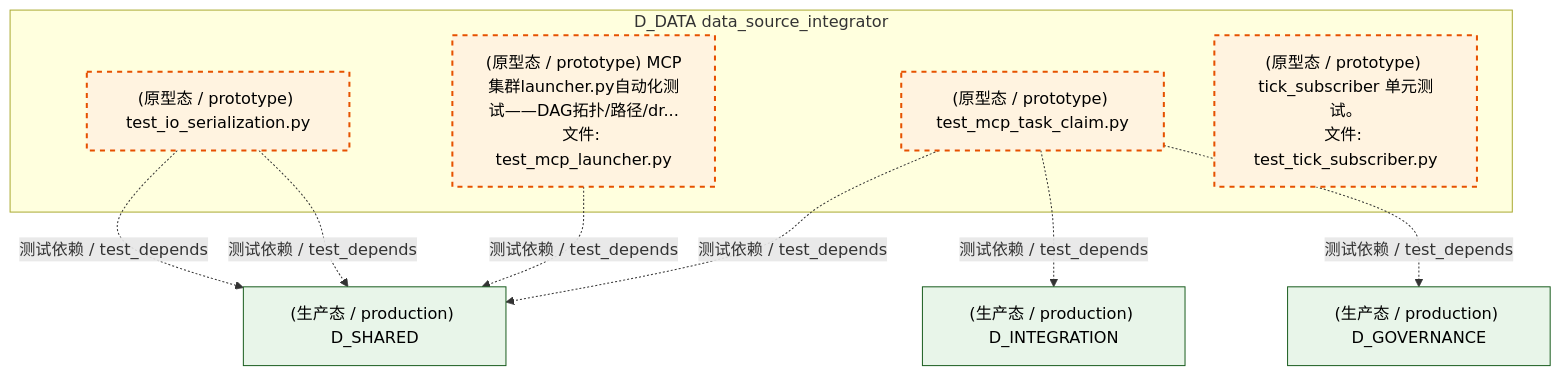
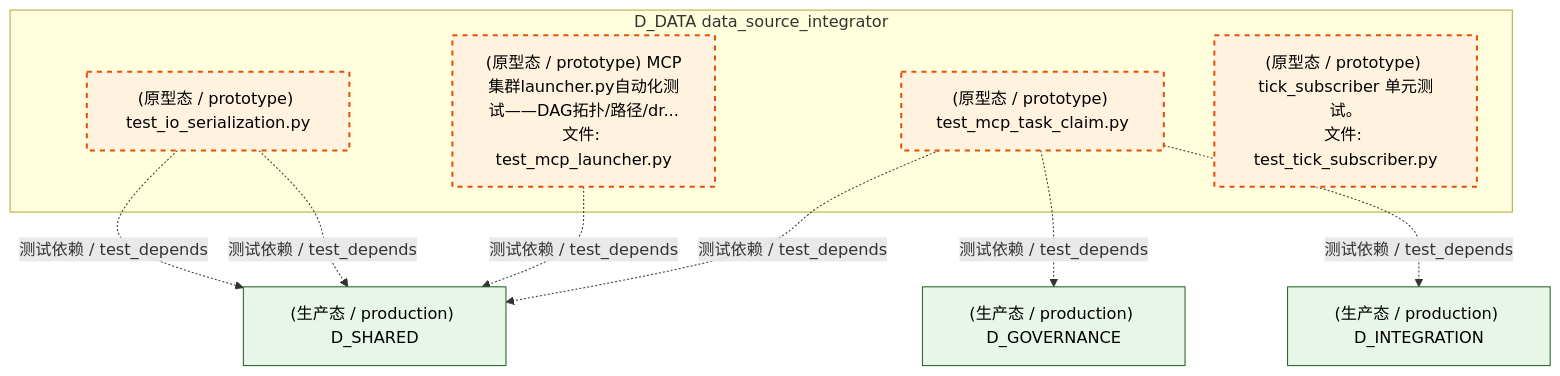
Before and after one commit to xuanFelixVan/ZephyrAlpha: the third of 6 diagrams in docs/02_enterprise_architecture/02_domain_architecture_docs/61_d_data.md, drawn with Mermaid. The commit also changed other lines of this file and 126 other files, not shown here.

````diff
--- a/docs/02_enterprise_architecture/02_domain_architecture_docs/61_d_data.md
+++ b/docs/02_enterprise_architecture/02_domain_architecture_docs/61_d_data.md
@@ -309,24 +310,24 @@
 ```mermaid
 graph TD
     subgraph D_DATA["D_DATA data_source_integrator"]
         tests_io_test_io_serialization_py["(原型态 / prototype) test_io_serialization.py"]
         tests_io_test_mcp_launcher_py["(原型态 / prototype) MCP集群launcher.py自动化测试——DAG拓扑/路径/dr...<br/>文件: test_mcp_launcher.py"]
         tests_io_test_mcp_task_claim_py["(原型态 / prototype) test_mcp_task_claim.py"]
         tests_zephyr_data_test_tick_subscriber_py["(原型态 / prototype) tick_subscriber 单元测试。<br/>文件: test_tick_subscriber.py"]
     end
     D_INTEGRATION["(生产态 / production) D_INTEGRATION"]
     tests_io_test_mcp_task_claim_py -.->|测试依赖 / test_depends| D_INTEGRATION
+    D_GOVERNANCE["(生产态 / production) D_GOVERNANCE"]
+    tests_io_test_mcp_task_claim_py -.->|测试依赖 / test_depends| D_GOVERNANCE
     D_SHARED["(生产态 / production) D_SHARED"]
+    tests_io_test_io_serialization_py -.->|测试依赖 / test_depends| D_SHARED
+    tests_io_test_io_serialization_py -.->|测试依赖 / test_depends| D_SHARED
     tests_io_test_mcp_task_claim_py -.->|测试依赖 / test_depends| D_SHARED
     tests_io_test_mcp_launcher_py -.->|测试依赖 / test_depends| D_SHARED
-    D_GOVERNANCE["(生产态 / production) D_GOVERNANCE"]
-    tests_io_test_mcp_task_claim_py -.->|测试依赖 / test_depends| D_GOVERNANCE
-    tests_io_test_io_serialization_py -.->|测试依赖 / test_depends| D_SHARED
-    tests_io_test_io_serialization_py -.->|测试依赖 / test_depends| D_SHARED
     classDef production fill:#e1f5fe,stroke:#01579b,stroke-width:2px,color:#000
     classDef design fill:#fff3e0,stroke:#e65100,stroke-width:2px,color:#000,stroke-dasharray: 5 5
     classDef external_prod fill:#e8f5e9,stroke:#1b5e20,stroke-width:1px,color:#000
     classDef external_design fill:#fce4ec,stroke:#880e4f,stroke-width:1px,color:#000,stroke-dasharray: 5 5
     class tests_io_test_io_serialization_py,tests_io_test_mcp_launcher_py,tests_io_test_mcp_task_claim_py,tests_zephyr_data_test_tick_subscriber_py design
-    class D_INTEGRATION,D_SHARED,D_GOVERNANCE external_prod
+    class D_INTEGRATION,D_GOVERNANCE,D_SHARED external_prod
 ```
````
